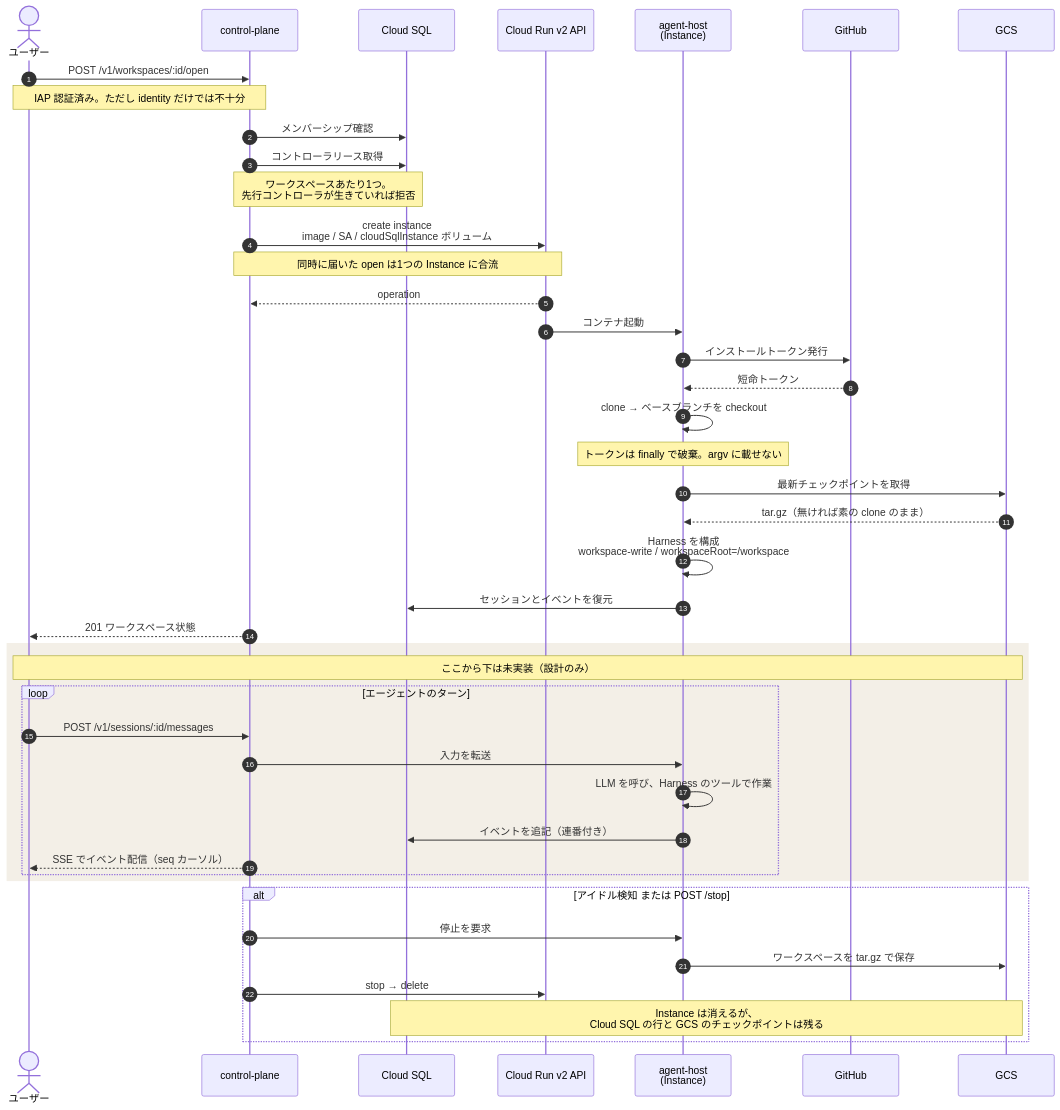
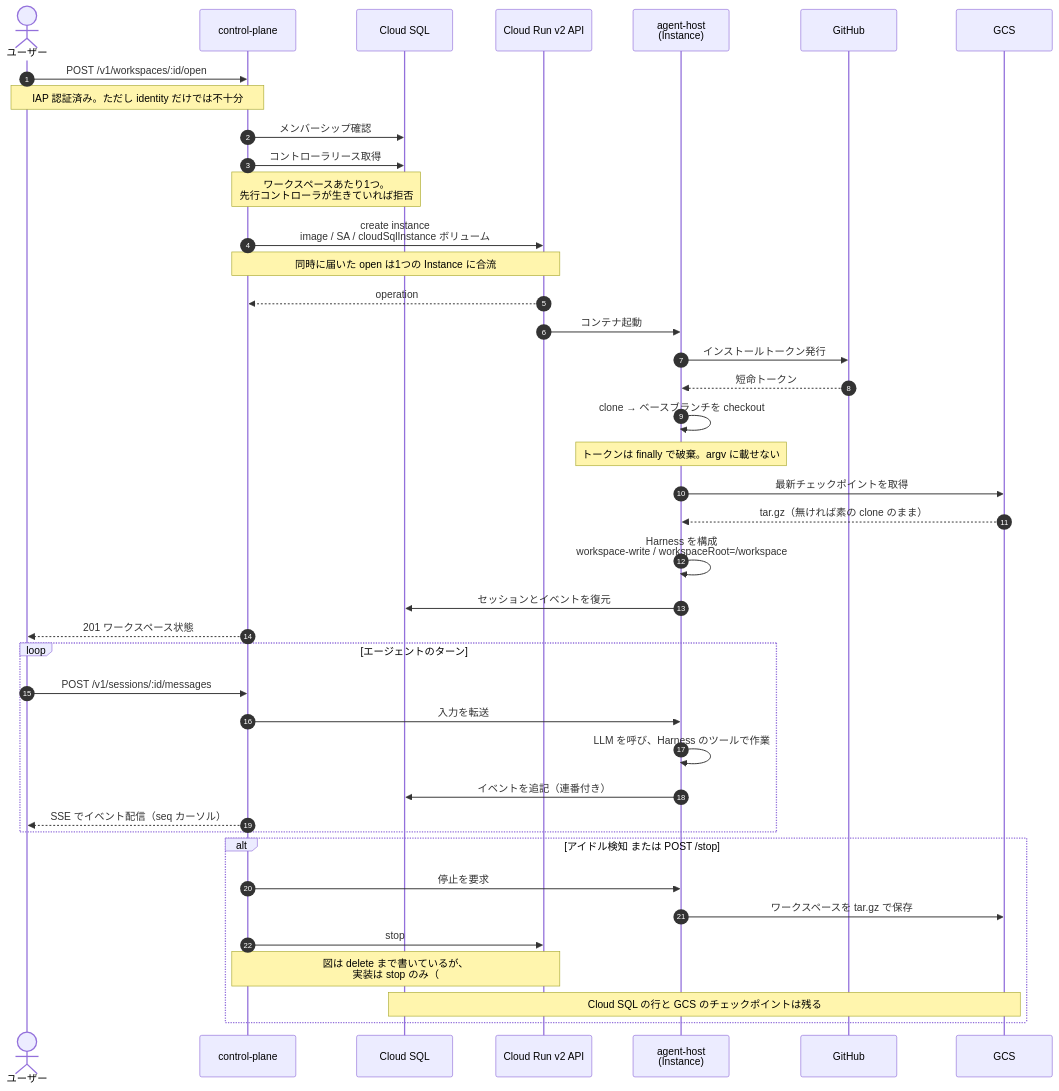
The second of 2 diagrams in docs/architecture.md (mpppk/cloud-run-dsh), drawn with Mermaid before and after one commit. The commit also changed other lines of this file and 3 other files, not shown here.

````diff
--- a/docs/architecture.md
+++ b/docs/architecture.md
@@ -94,50 +94,48 @@
 ```mermaid
 sequenceDiagram
   autonumber
   actor U as ユーザー
   participant CP as control-plane
   participant DB as Cloud SQL
   participant RUN as Cloud Run v2 API
   participant AH as agent-host<br/>(Instance)
   participant GH as GitHub
   participant GCS as GCS
 
   U->>CP: POST /v1/workspaces/:id/open
   Note over U,CP: IAP 認証済み。ただし identity だけでは不十分
   CP->>DB: メンバーシップ確認
   CP->>DB: コントローラリース取得
   Note over CP,DB: ワークスペースあたり1つ。<br/>先行コントローラが生きていれば拒否
 
   CP->>RUN: create instance<br/>image / SA / cloudSqlInstance ボリューム
   Note over CP,RUN: 同時に届いた open は1つの Instance に合流
   RUN-->>CP: operation
   RUN->>AH: コンテナ起動
 
   AH->>GH: インストールトークン発行
   GH-->>AH: 短命トークン
   AH->>AH: clone → ベースブランチを checkout
   Note over AH: トークンは finally で破棄。argv に載せない
   AH->>GCS: 最新チェックポイントを取得
   GCS-->>AH: tar.gz（無ければ素の clone のまま）
   AH->>AH: Harness を構成<br/>workspace-write / workspaceRoot=/workspace
   AH->>DB: セッションとイベントを復元
   CP-->>U: 201 ワークスペース状態
 
-  rect rgba(138,101,22,0.10)
-  Note over U,GCS: ここから下は未実装（設計のみ）
   loop エージェントのターン
     U->>CP: POST /v1/sessions/:id/messages
     CP->>AH: 入力を転送
     AH->>AH: LLM を呼び、Harness のツールで作業
     AH->>DB: イベントを追記（連番付き）
     CP-->>U: SSE でイベント配信（seq カーソル）
   end
-  end
 
   alt アイドル検知 または POST /stop
     CP->>AH: 停止を要求
     AH->>GCS: ワークスペースを tar.gz で保存
-    CP->>RUN: stop → delete
-    Note over DB,GCS: Instance は消えるが、<br/>Cloud SQL の行と GCS のチェックポイントは残る
+    CP->>RUN: stop
+    Note over CP,RUN: 図は delete まで書いているが、<br/>実装は stop のみ（#72）
+    Note over DB,GCS: Cloud SQL の行と GCS のチェックポイントは残る
   end
 ```
````
